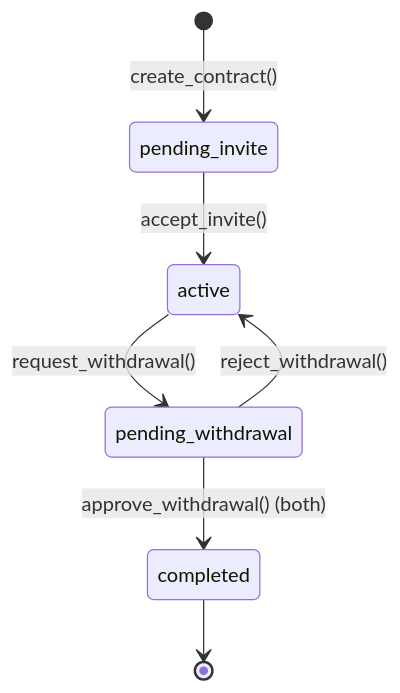
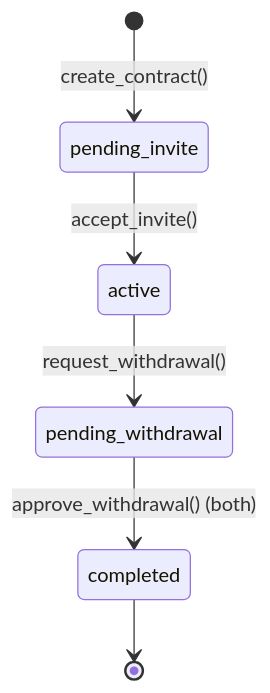
Before and after one commit to AndaruHP/fair-split-protocol: the diagram in README.md, drawn with Mermaid. The commit also changed other lines of this file, not shown here.

````diff
--- a/README.md
+++ b/README.md
@@ -80,9 +76,8 @@
 ```mermaid
 stateDiagram-v2
     [*] --> pending_invite: create_contract()
     pending_invite --> active: accept_invite()
     active --> pending_withdrawal: request_withdrawal()
-    pending_withdrawal --> active: reject_withdrawal()
     pending_withdrawal --> completed: approve_withdrawal() (both)
     completed --> [*]
 ```
````
